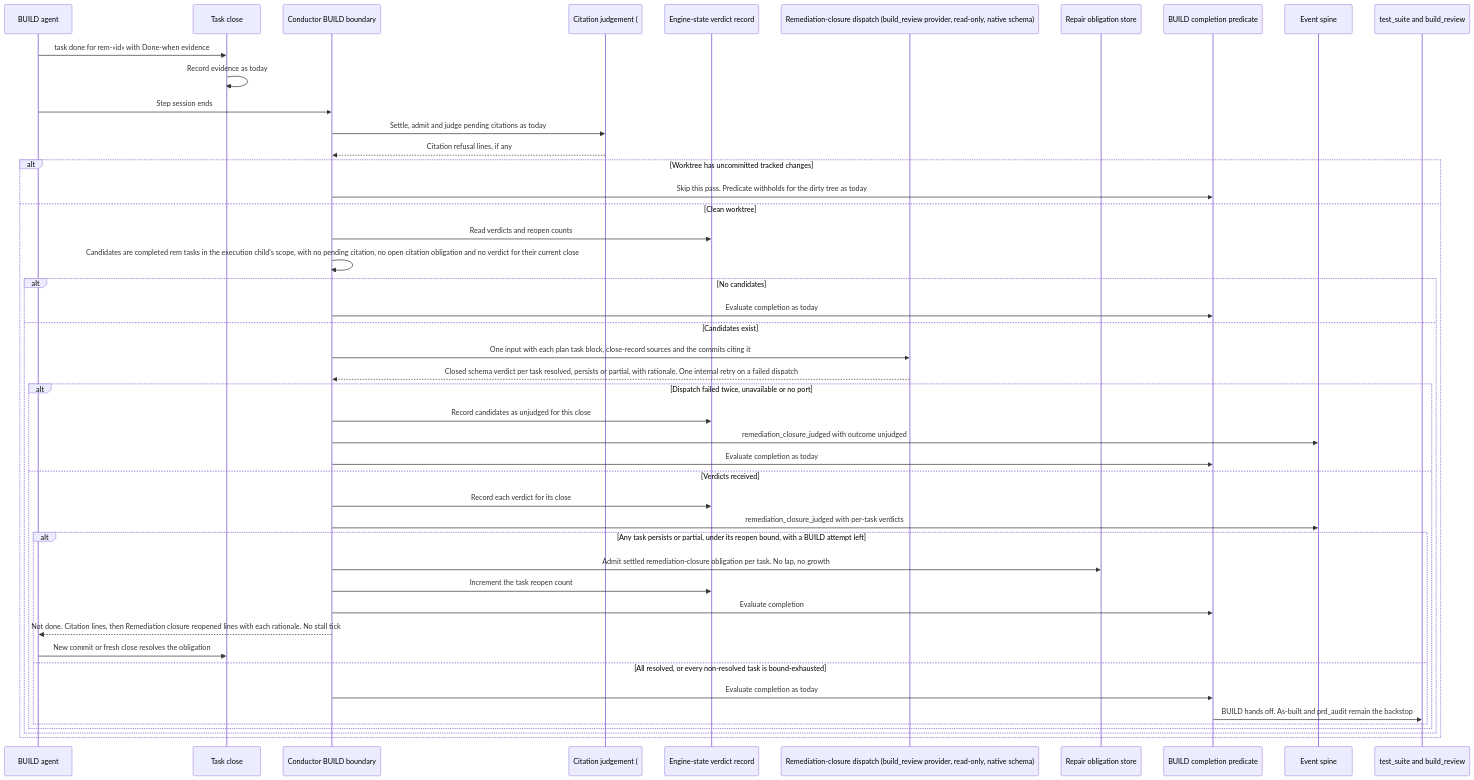
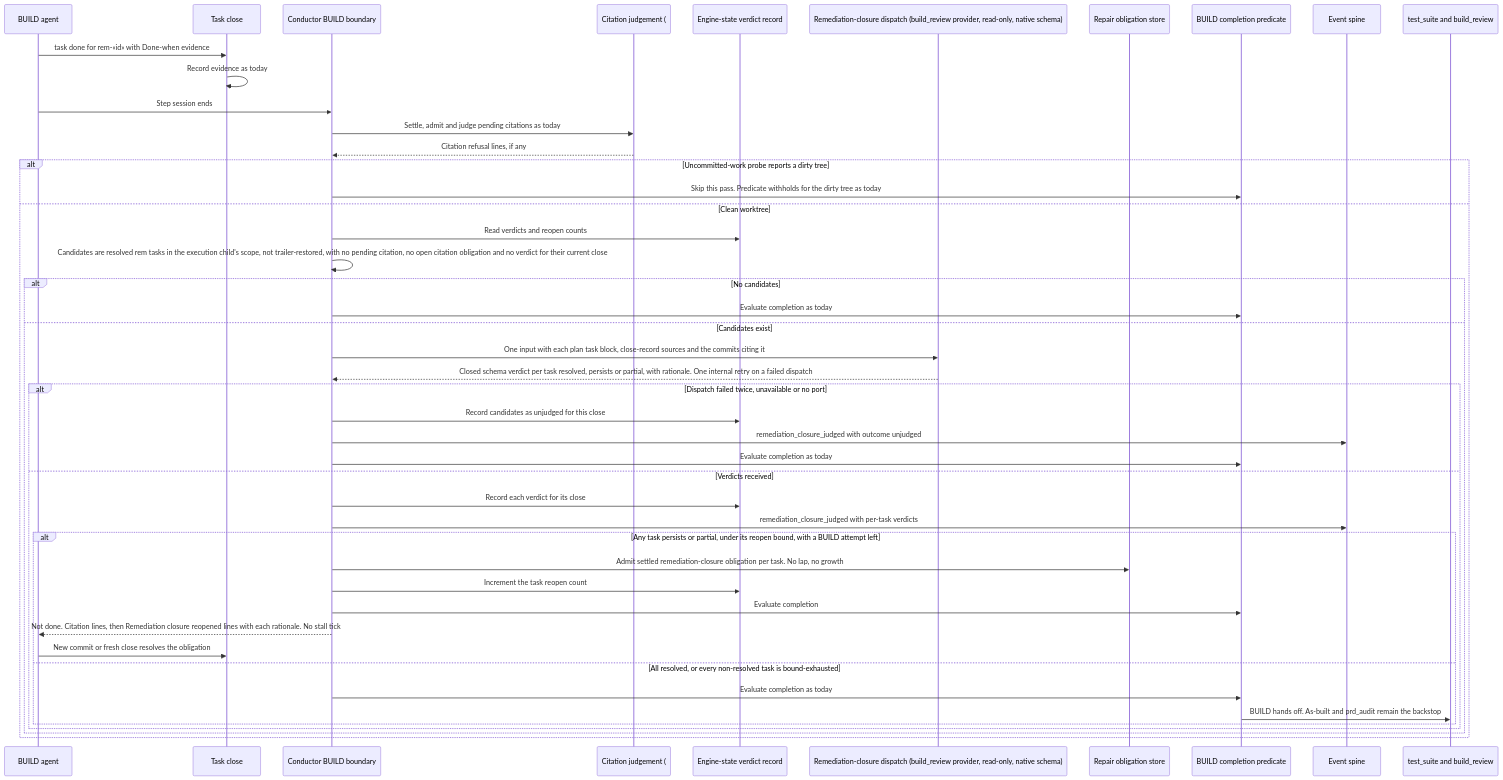
One commit to jstoup111/ai-conductor changed the diagram in .docs/architecture/sequences/remediation-tasks-close-on-a-reported-commit-that-.md. Above: the diagram before and after it, drawn with Mermaid. The commit also changed other lines of this file and 6 other files, not shown here.

Commit message:
spec: apply #3190 conflict-scan fixes (dirty-tree probe, close identity, restored rows, provider policy)

````diff
--- a/.docs/architecture/sequences/remediation-tasks-close-on-a-reported-commit-that-.md
+++ b/.docs/architecture/sequences/remediation-tasks-close-on-a-reported-commit-that-.md
@@ -8,48 +8,48 @@
 ```mermaid
 sequenceDiagram
     participant Agent as BUILD agent
     participant Close as Task close
     participant Bound as Conductor BUILD boundary
     participant Cite as Citation judgement (#3200)
     participant Store as Engine-state verdict record
     participant Judge as Remediation-closure dispatch (build_review provider, read-only, native schema)
     participant Repair as Repair obligation store
     participant Pred as BUILD completion predicate
     participant Bus as Event spine
     participant Next as test_suite and build_review
     Agent->>Close: task done for rem-«id» with Done-when evidence
     Close->>Close: Record evidence as today
     Agent->>Bound: Step session ends
     Bound->>Cite: Settle, admit and judge pending citations as today
     Cite-->>Bound: Citation refusal lines, if any
-    alt Worktree has uncommitted tracked changes
+        alt Uncommitted-work probe reports a dirty tree
         Bound->>Pred: Skip this pass. Predicate withholds for the dirty tree as today
     else Clean worktree
         Bound->>Store: Read verdicts and reopen counts
-        Bound->>Bound: Candidates are completed rem tasks in the execution child's scope, with no pending citation, no open citation obligation and no verdict for their current close
+        Bound->>Bound: Candidates are resolved rem tasks in the execution child's scope, not trailer-restored, with no pending citation, no open citation obligation and no verdict for their current close
         alt No candidates
             Bound->>Pred: Evaluate completion as today
         else Candidates exist
             Bound->>Judge: One input with each plan task block, close-record sources and the commits citing it
             Judge-->>Bound: Closed schema verdict per task resolved, persists or partial, with rationale. One internal retry on a failed dispatch
             alt Dispatch failed twice, unavailable or no port
                 Bound->>Store: Record candidates as unjudged for this close
                 Bound->>Bus: remediation_closure_judged with outcome unjudged
                 Bound->>Pred: Evaluate completion as today
             else Verdicts received
                 Bound->>Store: Record each verdict for its close
                 Bound->>Bus: remediation_closure_judged with per-task verdicts
                 alt Any task persists or partial, under its reopen bound, with a BUILD attempt left
                     Bound->>Repair: Admit settled remediation-closure obligation per task. No lap, no growth
                     Bound->>Store: Increment the task reopen count
                     Bound->>Pred: Evaluate completion
                     Bound-->>Agent: Not done. Citation lines, then Remediation closure reopened lines with each rationale. No stall tick
                     Agent->>Close: New commit or fresh close resolves the obligation
                 else All resolved, or every non-resolved task is bound-exhausted
                     Bound->>Pred: Evaluate completion as today
                     Pred->>Next: BUILD hands off. As-built and prd_audit remain the backstop
                 end
             end
         end
     end
 ```
````
